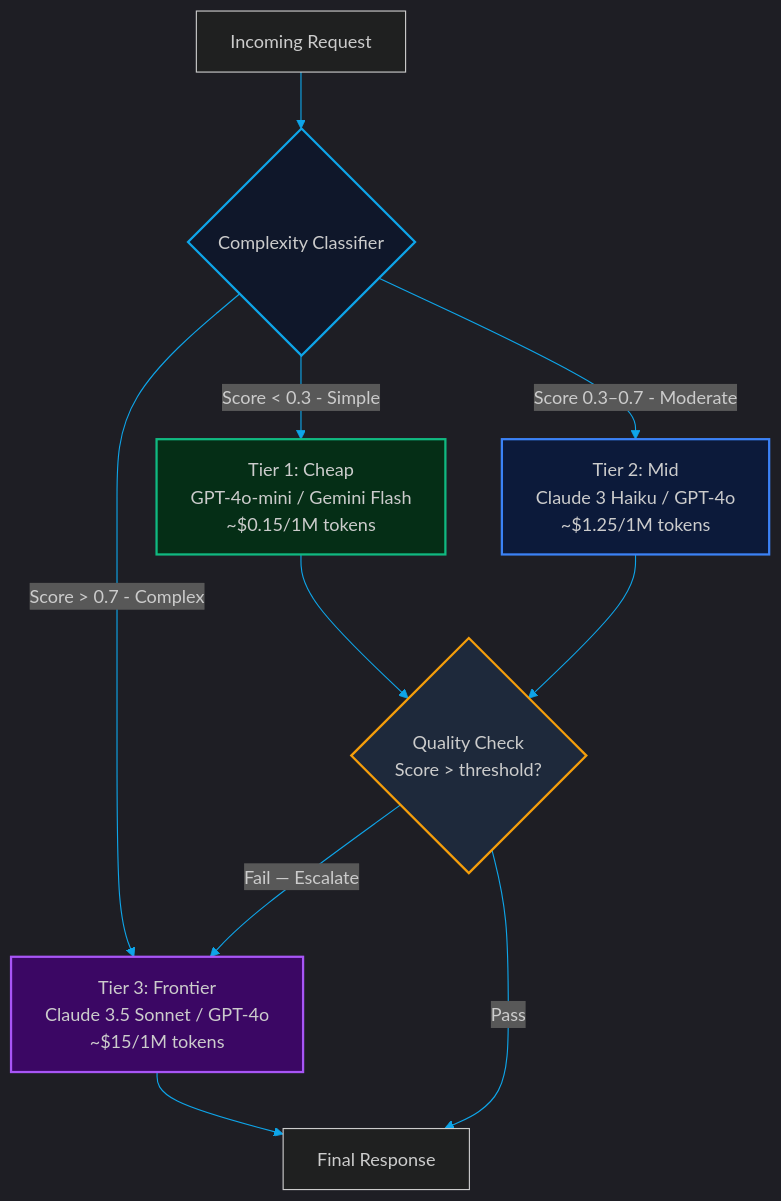
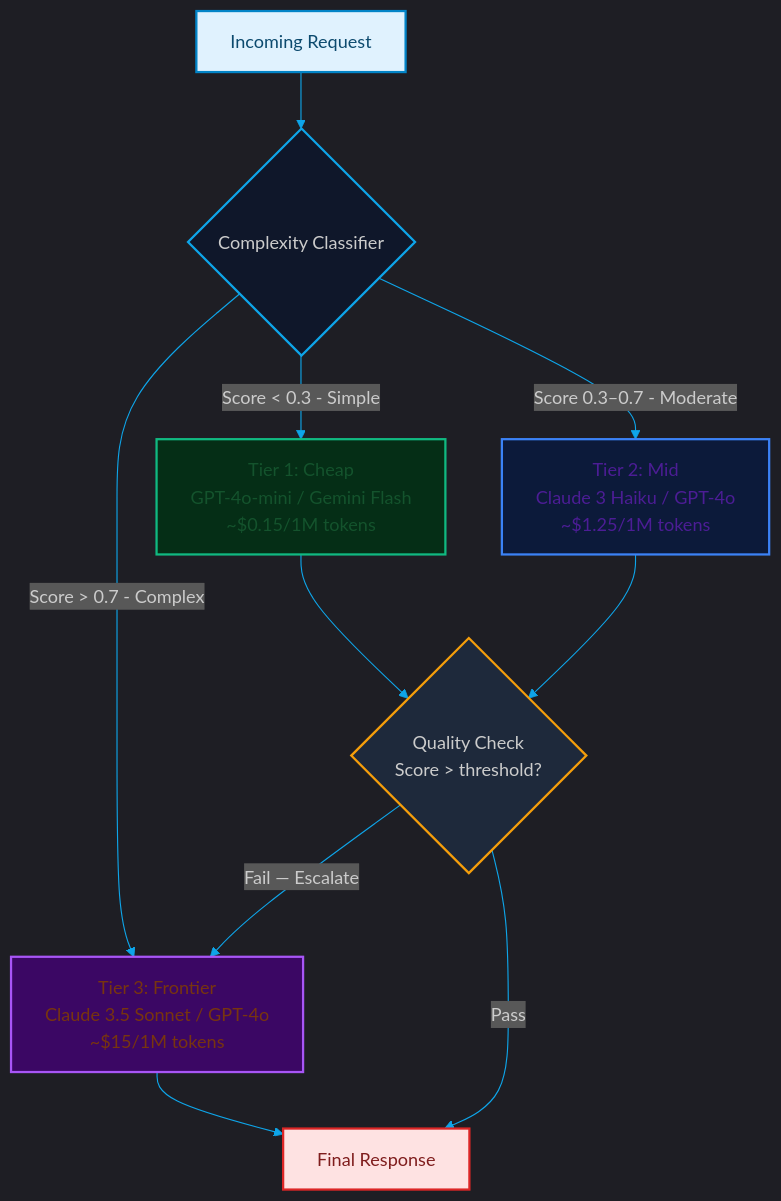
Before and after one commit to akmalkhaniub/akmalkhaniub.github.io: the first of 2 diagrams in blog/posts/model-routing-litellm-routellm.md, drawn with Mermaid. The commit also changed other lines of this file and 1291 other files, not shown here.

First line of the commit message:
feat(catalog): unique covers, scholarly references, and diagram palettes

````diff
--- a/blog/posts/model-routing-litellm-routellm.md
+++ b/blog/posts/model-routing-litellm-routellm.md
@@ -27,22 +27,33 @@
 ```mermaid
 %%{init: {'theme': 'dark', 'themeVariables': { 'primaryColor': '#0ea5e9', 'primaryTextColor': '#f3f4f6', 'primaryBorderColor': '#38bdf8', 'lineColor': '#0ea5e9', 'secondaryColor': '#111827', 'tertiaryColor': '#0f172a'}}}%%
 flowchart TD
-    U[Incoming Request] --> C{Complexity Classifier}
+    U["Incoming Request"] --> C{Complexity Classifier}
     
-    C -->|Score < 0.3 - Simple| T1[ Tier 1: Cheap<br/>GPT-4o-mini / Gemini Flash<br/>~$0.15/1M tokens]
-    C -->|Score 0.3–0.7 - Moderate| T2[ Tier 2: Mid<br/>Claude 3 Haiku / GPT-4o<br/>~$1.25/1M tokens]
-    C -->|Score > 0.7 - Complex| T3[ Tier 3: Frontier<br/>Claude 3.5 Sonnet / GPT-4o<br/>~$15/1M tokens]
+    C -->|Score < 0.3 - Simple| T1[" Tier 1: Cheap<br/>GPT-4o-mini / Gemini Flash<br/>~$0.15/1M tokens"]
+    C -->|Score 0.3–0.7 - Moderate| T2[" Tier 2: Mid<br/>Claude 3 Haiku / GPT-4o<br/>~$1.25/1M tokens"]
+    C -->|Score > 0.7 - Complex| T3[" Tier 3: Frontier<br/>Claude 3.5 Sonnet / GPT-4o<br/>~$15/1M tokens"]
     
     T1 --> QC{Quality Check<br/>Score > threshold?}
     T2 --> QC
-    T3 --> R[Final Response]
+    T3 --> R["Final Response"]
     
     QC -->|Pass| R
     QC -->|Fail — Escalate| T3
 
     style C fill:#0f172a,stroke:#0ea5e9,stroke-width:2px
     style T1 fill:#052e16,stroke:#10b981,stroke-width:2px
     style T2 fill:#0c1a3a,stroke:#3b82f6,stroke-width:2px
     style T3 fill:#3b0764,stroke:#a855f7,stroke-width:2px
     style QC fill:#1e293b,stroke:#f59e0b,stroke-width:2px
+
+classDef green fill:#dcfce7,stroke:#16a34a,stroke-width:2px,color:#14532d;
+classDef red fill:#fee2e2,stroke:#dc2626,stroke-width:2px,color:#7f1d1d;
+classDef blue fill:#e0f2fe,stroke:#0284c7,stroke-width:2px,color:#0c4a6e;
+classDef yellow fill:#fef3c7,stroke:#d97706,stroke-width:2px,color:#78350f;
+classDef purple fill:#ede9fe,stroke:#7c3aed,stroke-width:2px,color:#4c1d95;
+class U blue
+class T1 green
+class T2 purple
+class T3 yellow
+class R red
 ```
````
